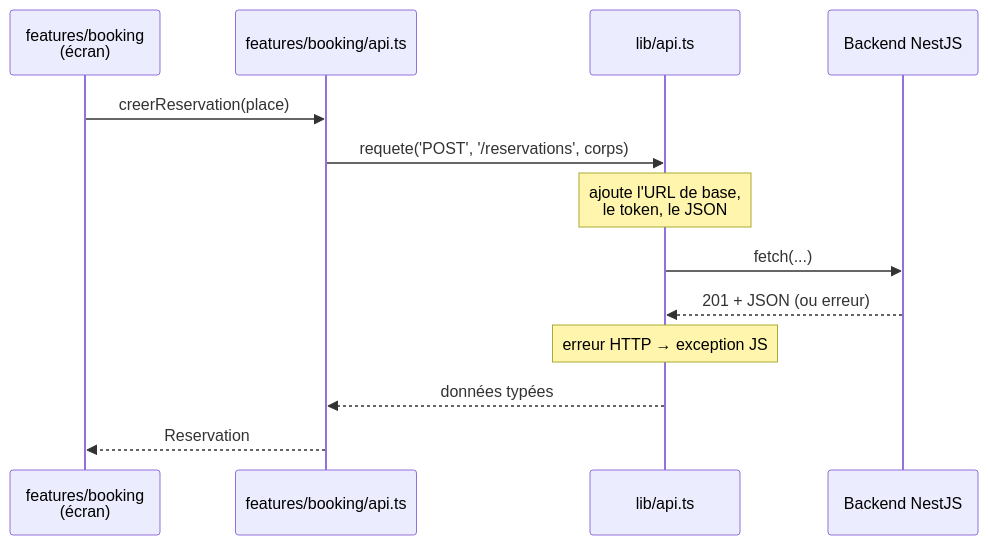
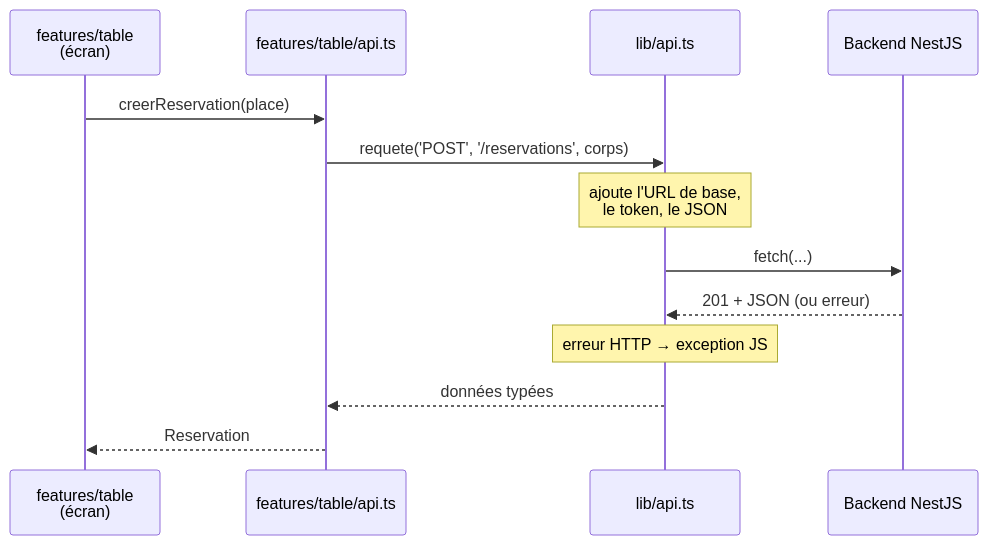
One commit to Les-razmokets/42-transcendence changed the first of 2 diagrams in frontend/src/lib/README.md. Above: the diagram before and after it, drawn with Mermaid. The commit also changed other lines of this file and 9 other files, not shown here.

````diff
--- a/frontend/src/lib/README.md
+++ b/frontend/src/lib/README.md
@@ -25,16 +25,16 @@
 ```mermaid
 sequenceDiagram
-    participant P as features/booking<br/>(écran)
-    participant A as features/booking/api.ts
+    participant P as features/table<br/>(écran)
+    participant A as features/table/api.ts
     participant L as lib/api.ts
     participant B as Backend NestJS
 
     P->>A: creerReservation(place)
     A->>L: requete('POST', '/reservations', corps)
     Note over L: ajoute l'URL de base,<br/>le token, le JSON
     L->>B: fetch(...)
     B-->>L: 201 + JSON (ou erreur)
     Note over L: erreur HTTP → exception JS
     L-->>A: données typées
     A-->>P: Reservation
 ```
````
